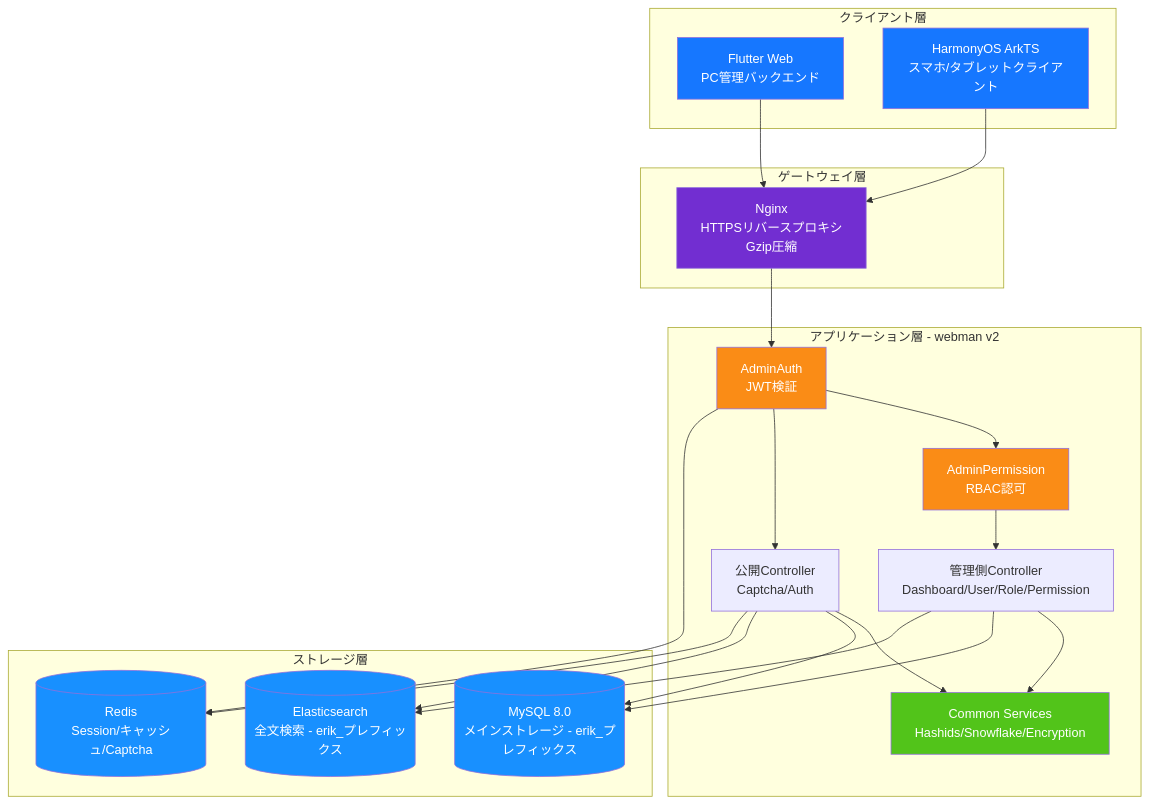
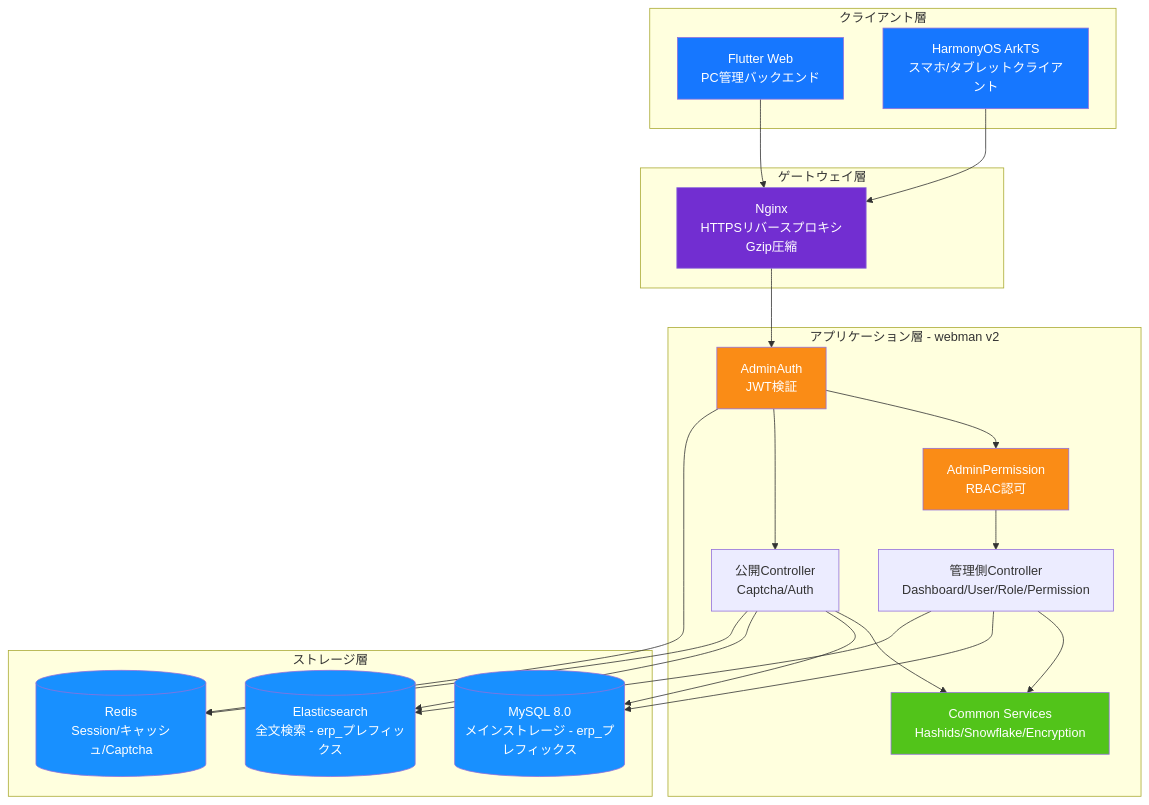
One commit to erikwang2013/erp-php changed the diagram in docs/i18n/ja/diagrams/01-system-architecture.md. Above: the diagram before and after it, drawn with Mermaid. The commit also changed 449 other files, not shown here.

First line of the commit message:
全局命名统一：数据库 erp、表前缀 erp_、Redis 前缀 erp:（原 erik_/open_admin）

````diff
--- a/docs/i18n/ja/diagrams/01-system-architecture.md
+++ b/docs/i18n/ja/diagrams/01-system-architecture.md
@@ -3,50 +3,50 @@
 ```mermaid
 flowchart TB
     subgraph clients["クライアント層"]
         flutter["Flutter Web<br/>PC管理バックエンド"]
         harmony["HarmonyOS ArkTS<br/>スマホ/タブレットクライアント"]
     end
 
     subgraph gateway["ゲートウェイ層"]
         nginx["Nginx<br/>HTTPSリバースプロキシ<br/>Gzip圧縮"]
     end
 
     subgraph app["アプリケーション層 - webman v2"]
         auth["AdminAuth<br/>JWT検証"]
         perm["AdminPermission<br/>RBAC認可"]
         admin["管理側Controller<br/>Dashboard/User/Role/Permission"]
         public["公開Controller<br/>Captcha/Auth"]
         common["Common Services<br/>Hashids/Snowflake/Encryption"]
     end
 
     subgraph storage["ストレージ層"]
-        mysql[("MySQL 8.0<br/>メインストレージ - erik_プレフィックス")]
-        es[("Elasticsearch<br/>全文検索 - erik_プレフィックス")]
+        mysql[("MySQL 8.0<br/>メインストレージ - erp_プレフィックス")]
+        es[("Elasticsearch<br/>全文検索 - erp_プレフィックス")]
         redis[("Redis<br/>Session/キャッシュ/Captcha")]
     end
 
     flutter --> nginx
     harmony --> nginx
     nginx --> auth
     auth --> perm
     perm --> admin
     auth --> public
     admin --> common
     public --> common
     admin --> mysql
     public --> mysql
     admin --> es
     public --> es
     auth --> redis
     public --> redis
 
     style flutter fill:#1677FF,color:#fff
     style harmony fill:#1677FF,color:#fff
     style nginx fill:#722ED1,color:#fff
     style auth fill:#FA8C16,color:#fff
     style perm fill:#FA8C16,color:#fff
     style common fill:#52C41A,color:#fff
     style mysql fill:#1890FF,color:#fff
     style es fill:#1890FF,color:#fff
     style redis fill:#1890FF,color:#fff
 ```
````
